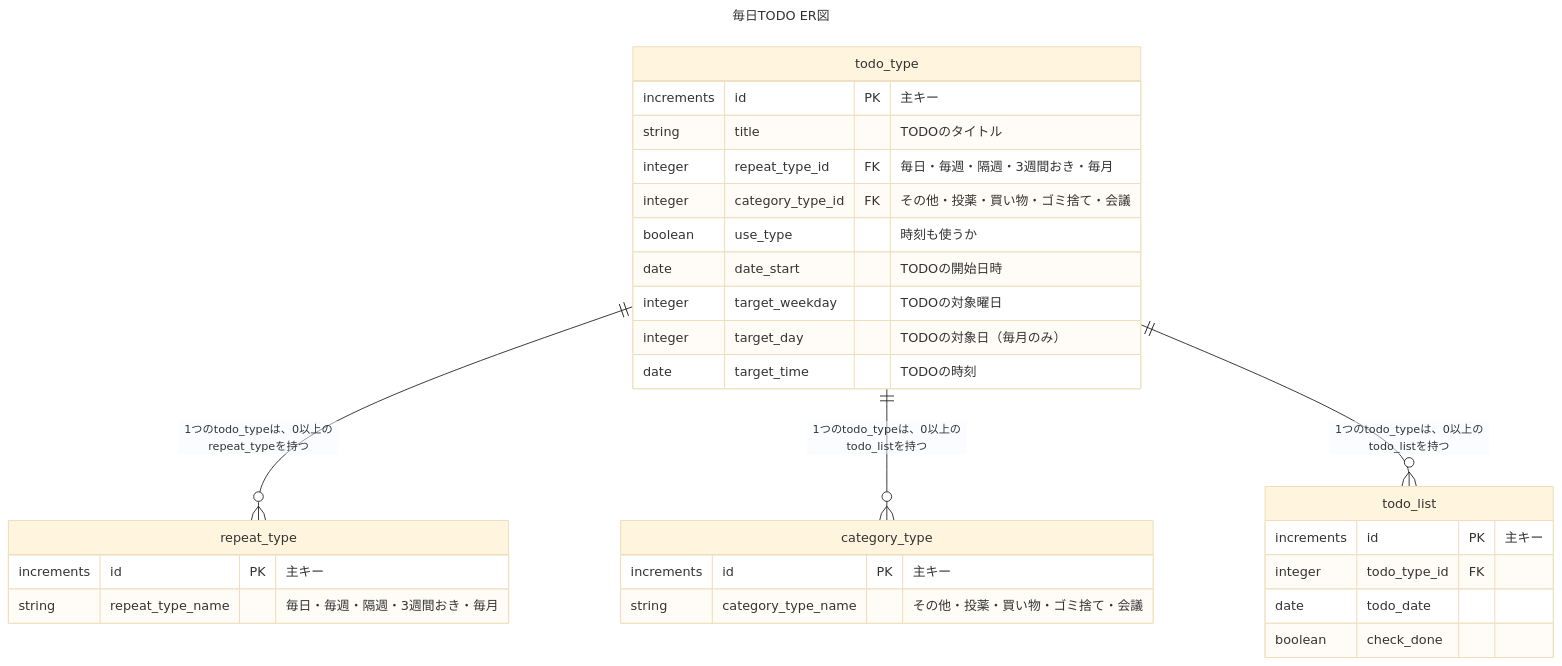
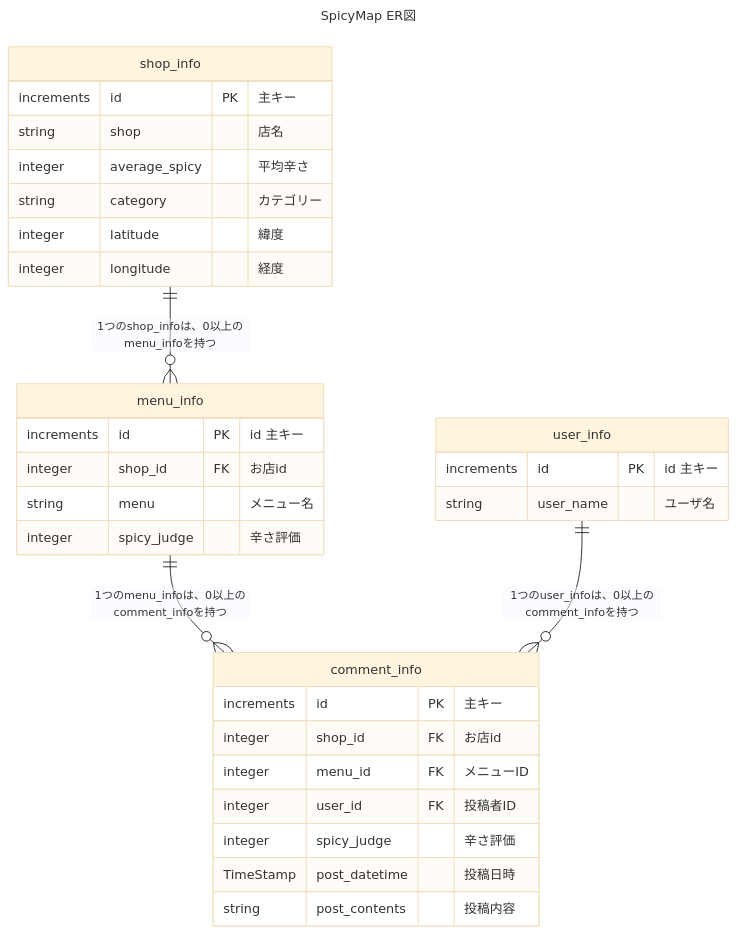
One commit to DIGTeamTrois/SpicyMap changed the diagram in README.md. Above: the diagram before and after it, drawn with Mermaid (base theme). The commit also changed 1 other file, not shown here.

Commit message:
ER図作成

````diff
--- a/README.md
+++ b/README.md
@@ -3,38 +3,42 @@
 ```mermaid
 ---
-title: "毎日TODO ER図"
+title: "SpicyMap ER図"
 ---
 erDiagram
-repeat_type {
+
+shop_info {
     increments id PK "主キー"
-    string repeat_type_name "毎日・毎週・隔週・3週間おき・毎月"
+    string shop "店名"
+    integer average_spicy "平均辛さ"
+    string category "カテゴリー" 
+    integer latitude "緯度"
+    integer longitude "経度"
 }
 
-category_type {
-    increments id PK "主キー"
-    string category_type_name "その他・投薬・買い物・ゴミ捨て・会議"
+menu_info {
+    increments id PK "id 主キー"
+    integer shop_id FK "お店id"
+    string menu "メニュー名"
+    integer spicy_judge "辛さ評価"
 }
 
-todo_type {
+
+comment_info {
     increments id PK "主キー"
-    string title "TODOのタイトル"
-    integer repeat_type_id FK "毎日・毎週・隔週・3週間おき・毎月"
-    integer category_type_id FK "その他・投薬・買い物・ゴミ捨て・会議"
-    boolean use_type "時刻も使うか"
-    date date_start "TODOの開始日時"
-    integer target_weekday "TODOの対象曜日"
-    integer target_day "TODOの対象日（毎月のみ）"
-    date target_time "TODOの時刻"
+    integer shop_id FK "お店id"
+    integer menu_id FK "メニューID"
+    integer user_id FK "投稿者ID"
+    integer spicy_judge "辛さ評価"
+    TimeStamp post_datetime "投稿日時" 
+    string post_contents "投稿内容"
 }
 
-todo_list {
-    increments id PK "主キー"
-    integer todo_type_id FK
-    date todo_date
-    boolean check_done
+user_info {
+    increments id PK "id 主キー"
+    string user_name "ユーザ名"
 }
 
-todo_type ||--o{ repeat_type : "1つのtodo_typeは、0以上のrepeat_typeを持つ"
-todo_type ||--o{ category_type : "1つのtodo_typeは、0以上のtodo_listを持つ"
-todo_type ||--o{ todo_list : "1つのtodo_typeは、0以上のtodo_listを持つ"
+shop_info ||--o{ menu_info : "1つのshop_infoは、0以上のmenu_infoを持つ"
+menu_info ||--o{ comment_info : "1つのmenu_infoは、0以上のcomment_infoを持つ"
+user_info ||--o{ comment_info : "1つのuser_infoは、0以上のcomment_infoを持つ"
 ```
````
